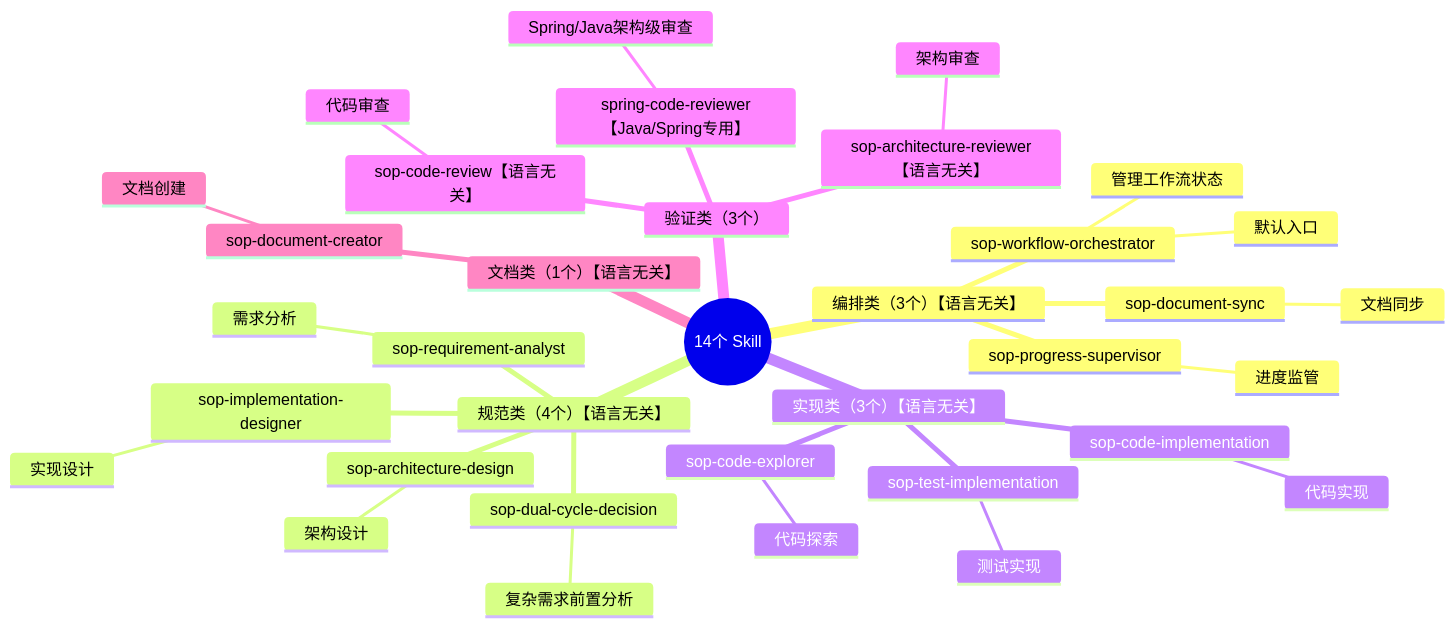
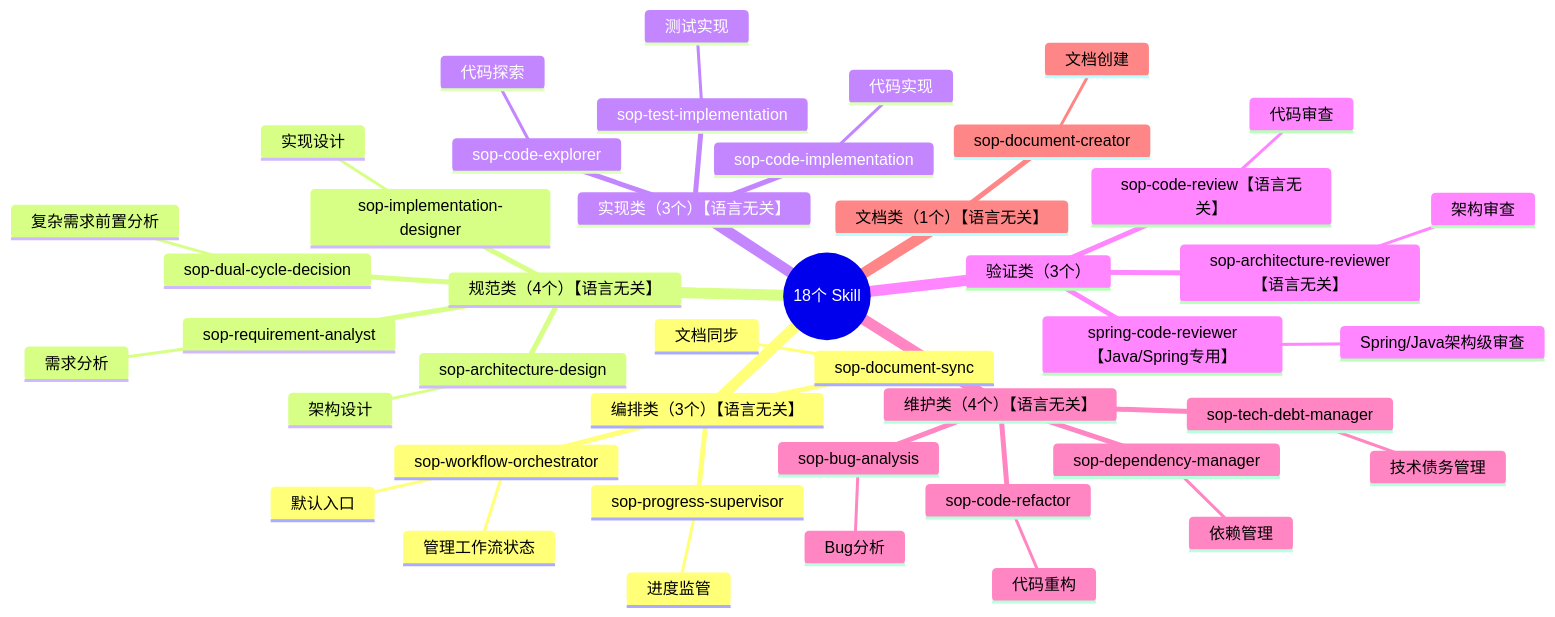
The diagram in plugins/mumu-sop/index.md (luckyMUMU/mumu-sop), drawn with Mermaid before and after one commit. The commit also changed other lines of this file and 16 other files, not shown here.

````diff
--- a/plugins/mumu-sop/index.md
+++ b/plugins/mumu-sop/index.md
@@ -15,38 +15,47 @@
 ```mermaid
 mindmap
-  root((14个 Skill))
+  root((18个 Skill))
     编排类（3个）【语言无关】
       sop-workflow-orchestrator
         默认入口
         管理工作流状态
       sop-document-sync
         文档同步
       sop-progress-supervisor
         进度监管
     规范类（4个）【语言无关】
       sop-dual-cycle-decision
         复杂需求前置分析
       sop-requirement-analyst
         需求分析
       sop-architecture-design
         架构设计
       sop-implementation-designer
         实现设计
     实现类（3个）【语言无关】
       sop-code-explorer
         代码探索
       sop-code-implementation
         代码实现
       sop-test-implementation
         测试实现
     验证类（3个）
       sop-architecture-reviewer【语言无关】
         架构审查
       sop-code-review【语言无关】
         代码审查
       spring-code-reviewer【Java/Spring专用】
         Spring/Java架构级审查
+    维护类（4个）【语言无关】
+      sop-bug-analysis
+        Bug分析
+      sop-code-refactor
+        代码重构
+      sop-tech-debt-manager
+        技术债务管理
+      sop-dependency-manager
+        依赖管理
     文档类（1个）【语言无关】
       sop-document-creator
         文档创建
 ```
````
